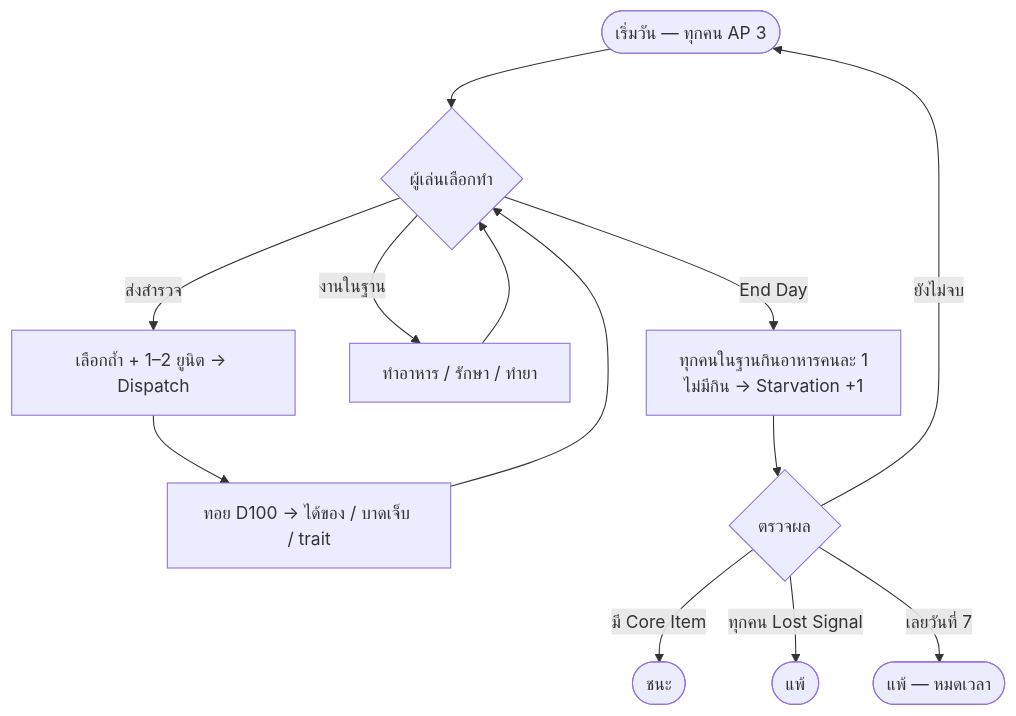
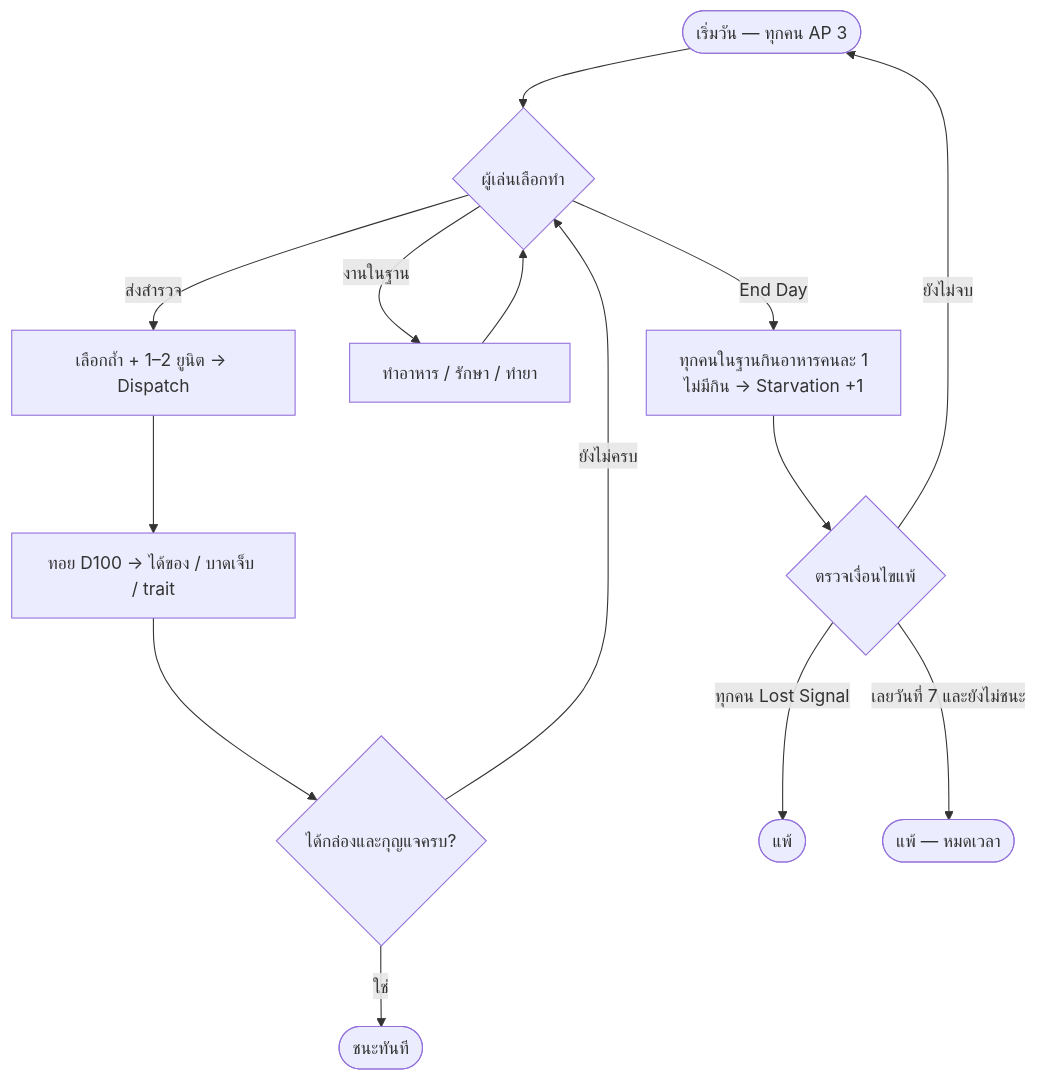
One commit to nopponaim603/clogged changed the first of 2 diagrams in docs/gdd/00-concept.md. Above: the diagram before and after it, drawn with Mermaid. The commit also changed other lines of this file and 10 other files, not shown here.

````diff
--- a/docs/gdd/00-concept.md
+++ b/docs/gdd/00-concept.md
@@ -43,15 +44,16 @@
 ```mermaid
 flowchart TD
     Start([เริ่มวัน — ทุกคน AP 3]) --> Plan{ผู้เล่นเลือกทำ}
     Plan -->|ส่งสำรวจ| G[เลือกถ้ำ + 1–2 ยูนิต → Dispatch]
     G --> Roll[ทอย D100 → ได้ของ / บาดเจ็บ / trait]
-    Roll --> Plan
+    Roll --> Items{ได้กล่องและกุญแจครบ?}
+    Items -->|ใช่| Win([ชนะทันที])
+    Items -->|ยังไม่ครบ| Plan
     Plan -->|งานในฐาน| B[ทำอาหาร / รักษา / ทำยา]
     B --> Plan
     Plan -->|End Day| Eat[ทุกคนในฐานกินอาหารคนละ 1<br/>ไม่มีกิน → Starvation +1]
-    Eat --> Check{ตรวจผล}
-    Check -->|มี Core Item| Win([ชนะ])
+    Eat --> Check{ตรวจเงื่อนไขแพ้}
     Check -->|ทุกคน Lost Signal| Lose1([แพ้])
-    Check -->|เลยวันที่ 7| Lose2([แพ้ — หมดเวลา])
+    Check -->|เลยวันที่ 7 และยังไม่ชนะ| Lose2([แพ้ — หมดเวลา])
     Check -->|ยังไม่จบ| Start
 ```
````
